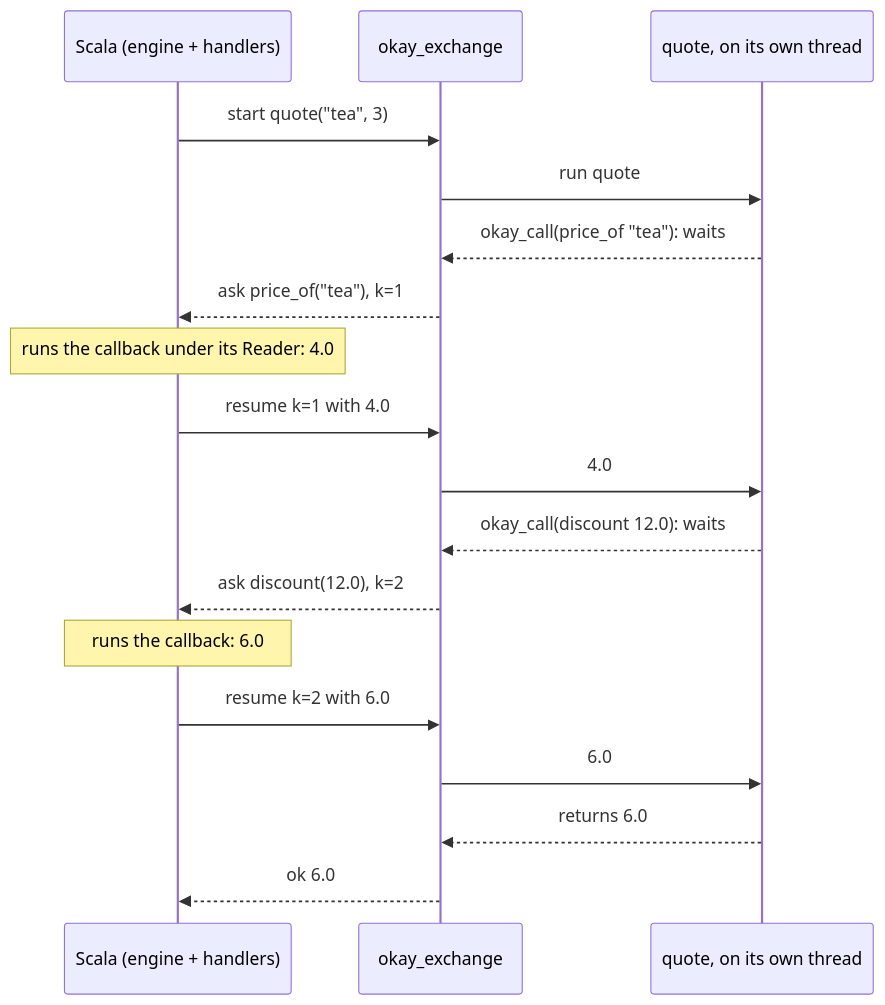
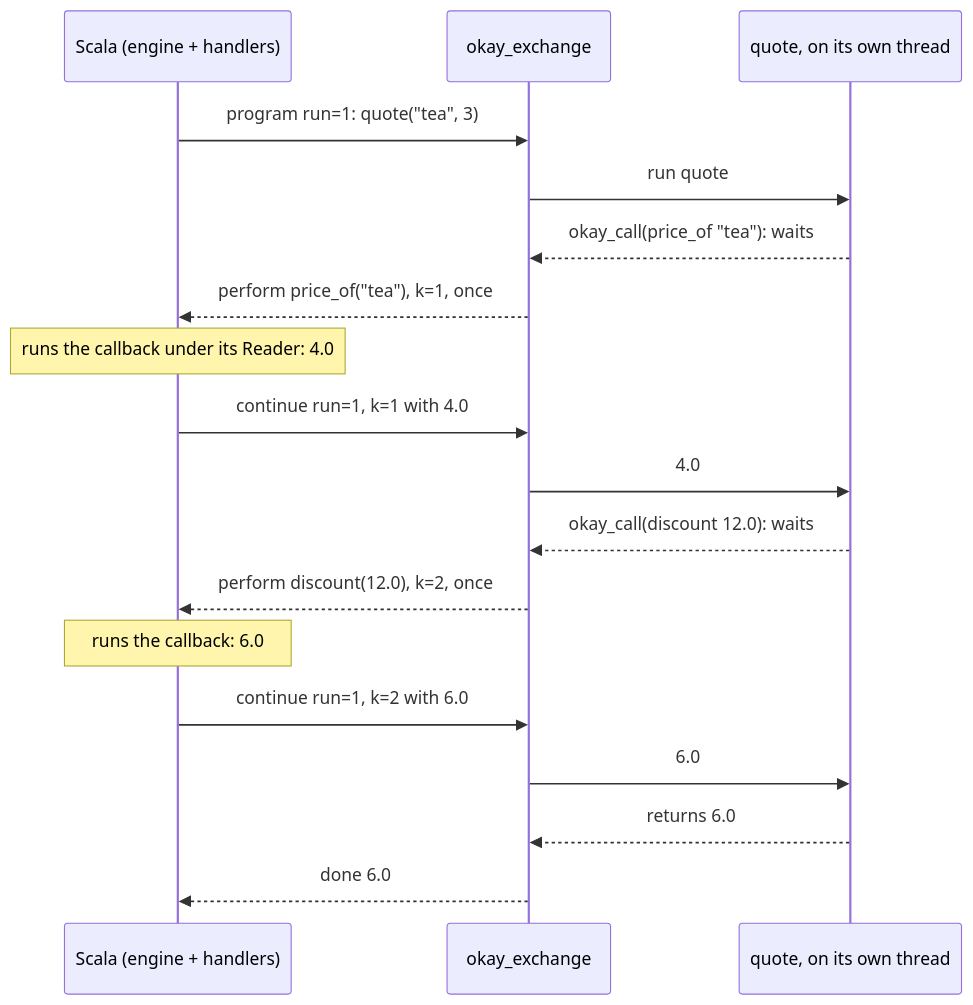
The diagram in docs/one-language.md (sergey-scherbina/okay), drawn with Mermaid before and after one commit. The commit also changed other lines of this file and 6 other files, not shown here.

First line of the commit message:
foreign-one-program: the journal names program/continue; a plain return is a finished program; docs and remote-foreign's box say so

````diff
--- a/docs/one-language.md
+++ b/docs/one-language.md
@@ -593,20 +593,20 @@
 ```mermaid
 sequenceDiagram
   participant S as Scala (engine + handlers)
   participant X as okay_exchange
   participant T as quote, on its own thread
-  S->>X: start quote("tea", 3)
+  S->>X: program run=1: quote("tea", 3)
   X->>T: run quote
   T-->>X: okay_call(price_of "tea"): waits
-  X-->>S: ask price_of("tea"), k=1
+  X-->>S: perform price_of("tea"), k=1, once
   Note over S: runs the callback under its Reader: 4.0
-  S->>X: resume k=1 with 4.0
+  S->>X: continue run=1, k=1 with 4.0
   X->>T: 4.0
   T-->>X: okay_call(discount 12.0): waits
-  X-->>S: ask discount(12.0), k=2
+  X-->>S: perform discount(12.0), k=2, once
   Note over S: runs the callback: 6.0
-  S->>X: resume k=2 with 6.0
+  S->>X: continue run=1, k=2 with 6.0
   X->>T: 6.0
   T-->>X: returns 6.0
-  X-->>S: ok 6.0
+  X-->>S: done 6.0
 ```
````
